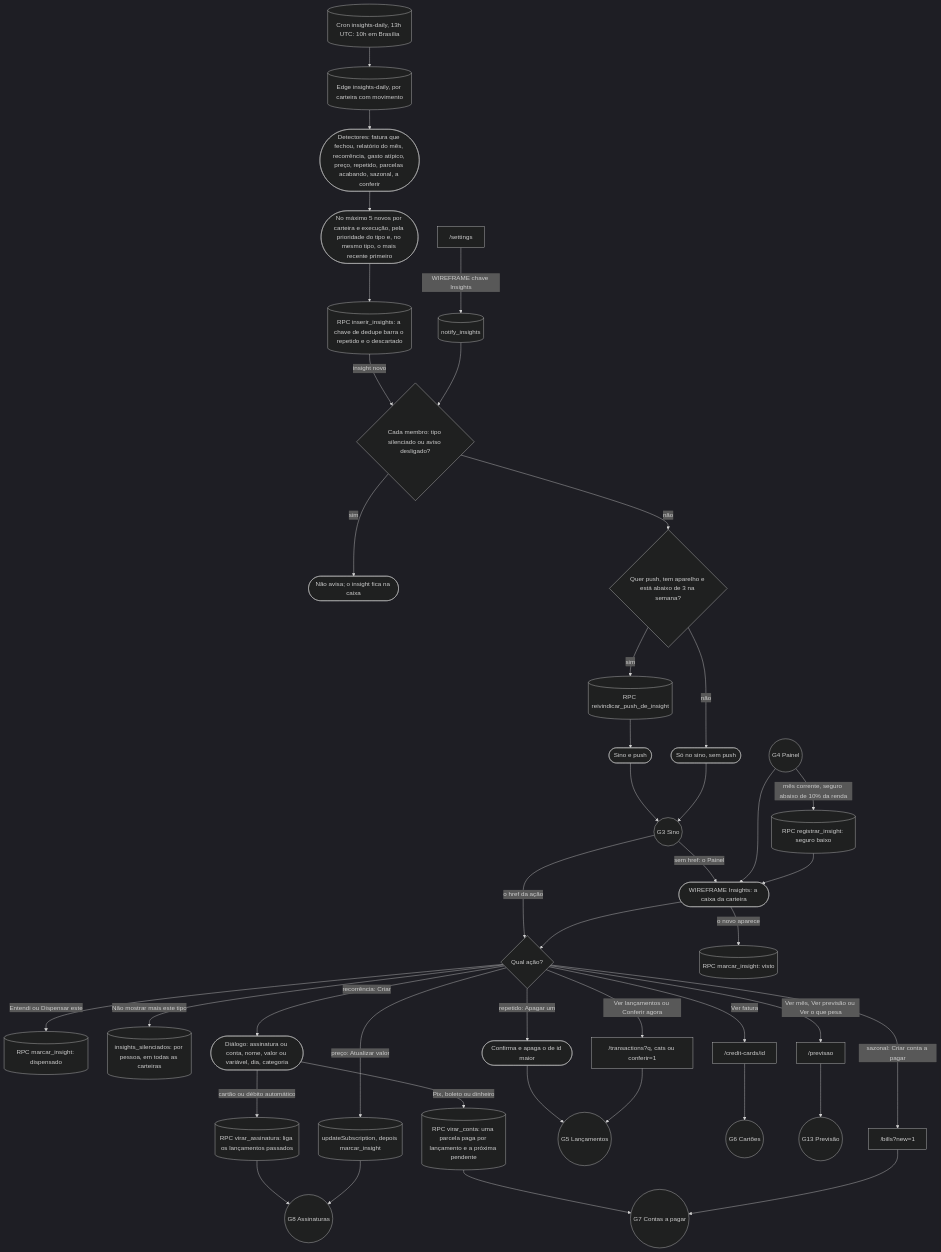
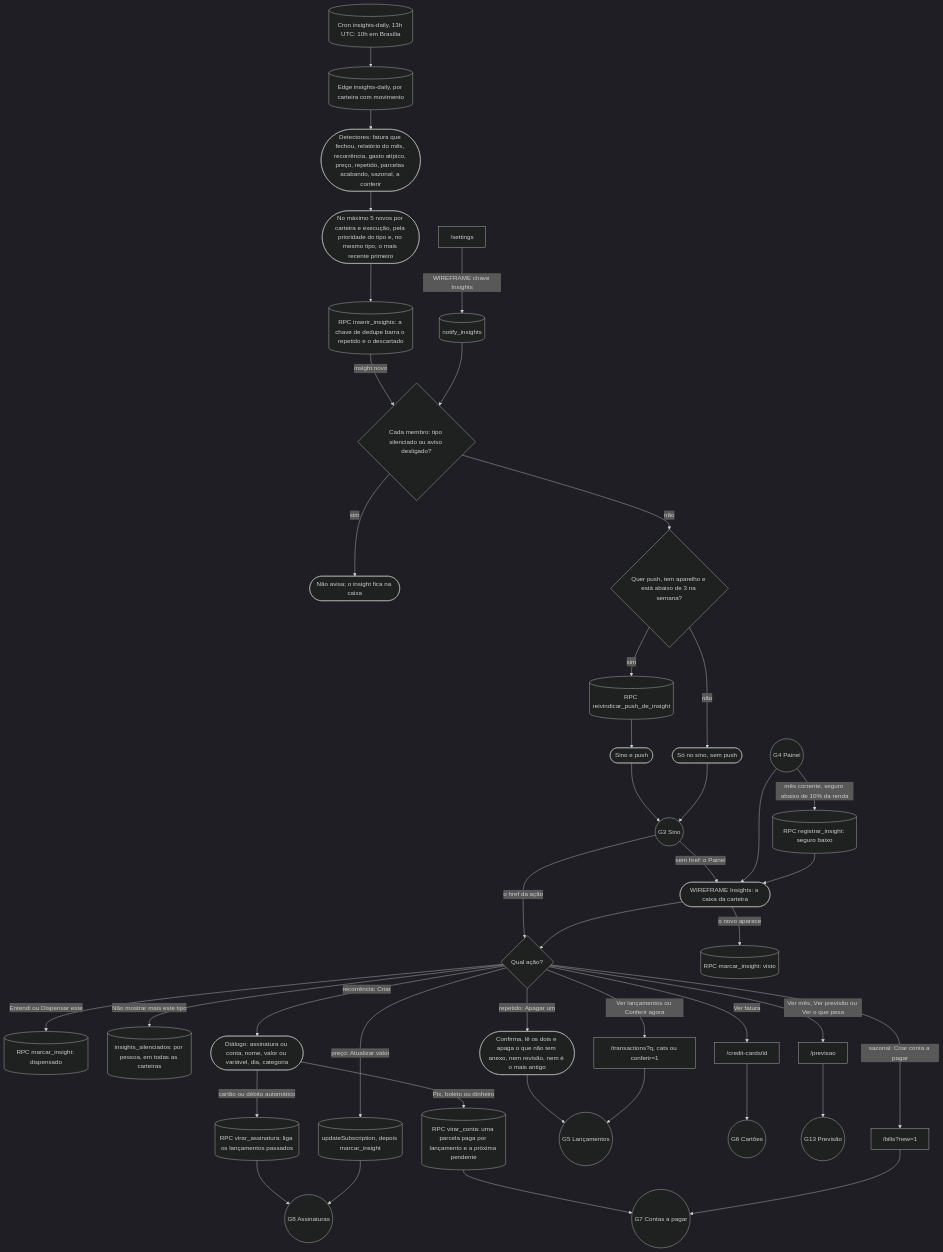
Before and after one commit to kauax2000/finance_app: diagram 20 of 29 in docs/JORNADAS.md, drawn with Mermaid. The commit also changed other lines of this file and 8 other files, not shown here.

````diff
--- a/docs/JORNADAS.md
+++ b/docs/JORNADAS.md
@@ -1504,44 +1500,44 @@
 ```mermaid
 %%{init: {"theme": "dark"}}%%
 flowchart TD
     cron[("Cron insights-daily, 13h UTC: 10h em Brasília")] --> daily[("Edge insights-daily, por carteira com movimento")]
     daily --> achados(["Detectores: fatura que fechou, relatório do mês, recorrência, gasto atípico, preço, repetido, parcelas acabando, sazonal, a conferir"])
     achados --> corte(["No máximo 5 novos por carteira e execução, pela prioridade do tipo e, no mesmo tipo, o mais recente primeiro"])
     corte --> grava[("RPC inserir_insights: a chave de dedupe barra o repetido e o descartado")]
     grava -->|"insight novo"| quem{"Cada membro: tipo silenciado ou aviso desligado?"}
     settings["/settings"] -->|"WIREFRAME chave Insights"| prefsIns[("notify_insights")]
     prefsIns --> quem
     quem -->|"sim"| sem(["Não avisa; o insight fica na caixa"])
     quem -->|"não"| teto{"Quer push, tem aparelho e está abaixo de 3 na semana?"}
     teto -->|"sim"| claim[("RPC reivindicar_push_de_insight")] --> push(["Sino e push"])
     teto -->|"não"| inapp(["Só no sino, sem push"])
     push --> bell(("G3 Sino"))
     inapp --> bell
     bell -->|"o href da ação"| acao
     bell -->|"sem href: o Painel"| caixa
 
     dash(("G4 Painel")) --> caixa(["WIREFRAME Insights: a caixa da carteira"])
     dash -->|"mês corrente, seguro abaixo de 10% da renda"| reg[("RPC registrar_insight: seguro baixo")]
     reg --> caixa
     caixa -->|"o novo aparece"| visto[("RPC marcar_insight: visto")]
     caixa --> acao{"Qual ação?"}
     acao -->|"Entendi ou Dispensar este"| dispensa[("RPC marcar_insight: dispensado")]
     acao -->|"Não mostrar mais este tipo"| silencia[("insights_silenciados: por pessoa, em todas as carteiras")]
     acao -->|"recorrência: Criar"| dialogo(["Diálogo: assinatura ou conta, nome, valor ou variável, dia, categoria"])
     dialogo -->|"cartão ou débito automático"| virarAss[("RPC virar_assinatura: liga os lançamentos passados")]
     dialogo -->|"Pix, boleto ou dinheiro"| virarConta[("RPC virar_conta: uma parcela paga por lançamento e a próxima pendente")]
     virarAss --> G8(("G8 Assinaturas"))
     virarConta --> G7(("G7 Contas a pagar"))
     acao -->|"preço: Atualizar valor"| preco[("updateSubscription, depois marcar_insight")]
     preco --> G8
-    acao -->|"repetido: Apagar um"| apaga(["Confirma e apaga o de id maior"])
+    acao -->|"repetido: Apagar um"| apaga(["Confirma, lê os dois e apaga o que não tem anexo, nem revisão, nem é o mais antigo"])
     apaga --> G5(("G5 Lançamentos"))
     acao -->|"Ver lançamentos ou Conferir agora"| lista["/transactions?q, cats ou conferir=1"]
     lista --> G5
     acao -->|"Ver fatura"| fatura["/credit-cards/id"]
     fatura --> G6(("G6 Cartões"))
     acao -->|"Ver mês, Ver previsão ou Ver o que pesa"| prev["/previsao"]
     prev --> G13(("G13 Previsão"))
     acao -->|"sazonal: Criar conta a pagar"| novaConta["/bills?new=1"]
     novaConta --> G7
 ```
````
